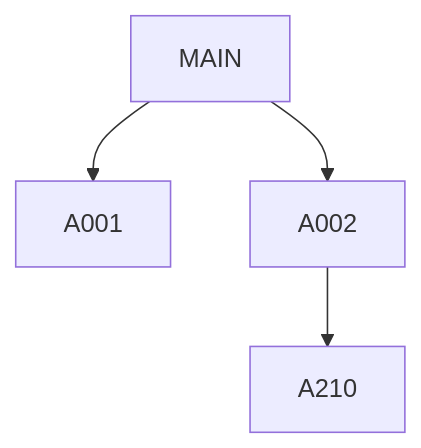
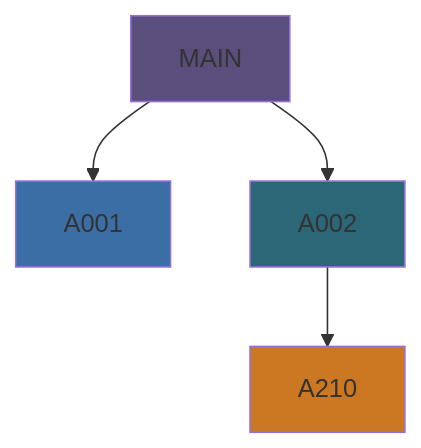
One commit to asynkron/CobolDemo-GITST changed the second of 5 diagrams in docs/docs-create.md. Above: the diagram before and after it, drawn with Mermaid. The commit also changed other lines of this file and 7 other files, not shown here.

Commit message:
Add accent fills to documentation mermaid diagrams

````diff
--- a/docs/docs-create.md
+++ b/docs/docs-create.md
@@ -39,6 +43,11 @@
 ```mermaid
 graph TD
   MAIN --> A001
   MAIN --> A002
   A002 --> A210
+  %% Indicate control concentration and branching with subtle fills.
+  style MAIN fill:#5A4E7C
+  style A001 fill:#3A6EA5
+  style A002 fill:#2B6777
+  style A210 fill:#CC7722
 ```
````
